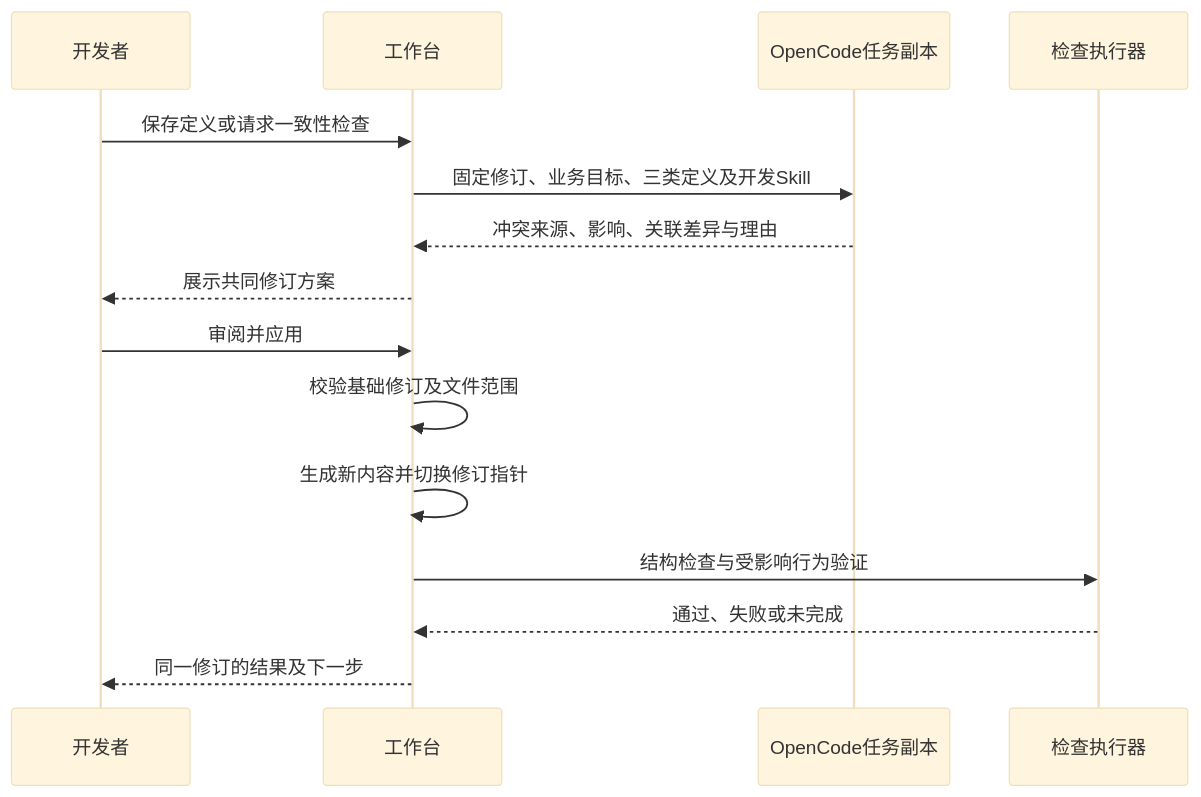
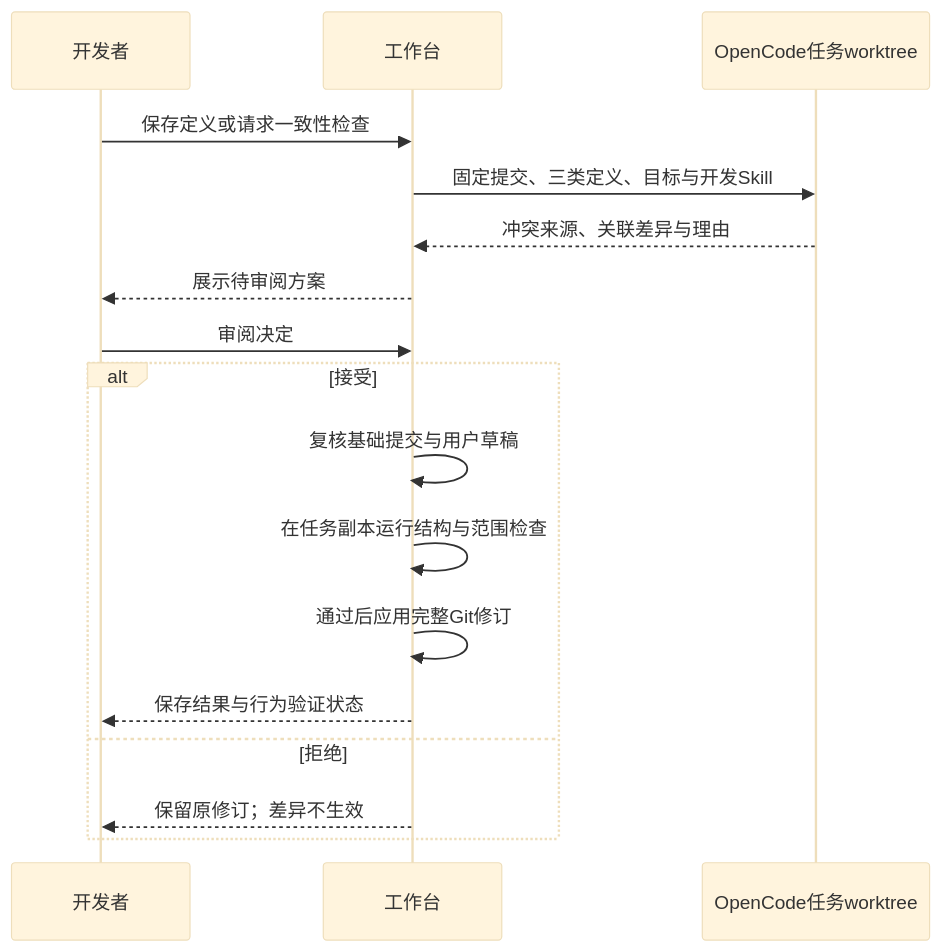
Before and after one commit to Vincenttao/agent-builder-java: the second of 3 diagrams in docs/Agent开发工作台_技术架构设计_v2.0.md, drawn with Mermaid (base theme). The commit also changed other lines of this file and 4 other files, not shown here.

First line of the commit message:
docs: simplify runnable demo architecture and add DeepSeek test setup

````diff
--- a/docs/Agent开发工作台_技术架构设计_v2.0.md
+++ b/docs/Agent开发工作台_技术架构设计_v2.0.md
@@ -159,17 +139,19 @@
 ```mermaid
 sequenceDiagram
   participant D as 开发者
   participant W as 工作台
-  participant O as OpenCode任务副本
-  participant V as 检查执行器
+  participant O as OpenCode任务worktree
   D->>W: 保存定义或请求一致性检查
-  W->>O: 固定修订、业务目标、三类定义及开发Skill
-  O-->>W: 冲突来源、影响、关联差异与理由
-  W-->>D: 展示共同修订方案
-  D->>W: 审阅并应用
-  W->>W: 校验基础修订及文件范围
-  W->>W: 生成新内容并切换修订指针
-  W->>V: 结构检查与受影响行为验证
-  V-->>W: 通过、失败或未完成
-  W-->>D: 同一修订的结果及下一步
+  W->>O: 固定提交、三类定义、目标与开发Skill
+  O-->>W: 冲突来源、关联差异与理由
+  W-->>D: 展示待审阅方案
+  D->>W: 审阅决定
+  alt 接受
+    W->>W: 复核基础提交与用户草稿
+    W->>W: 在任务副本运行结构与范围检查
+    W->>W: 通过后应用完整Git修订
+    W-->>D: 保存结果与行为验证状态
+  else 拒绝
+    W-->>D: 保留原修订；差异不生效
+  end
 ```
````
